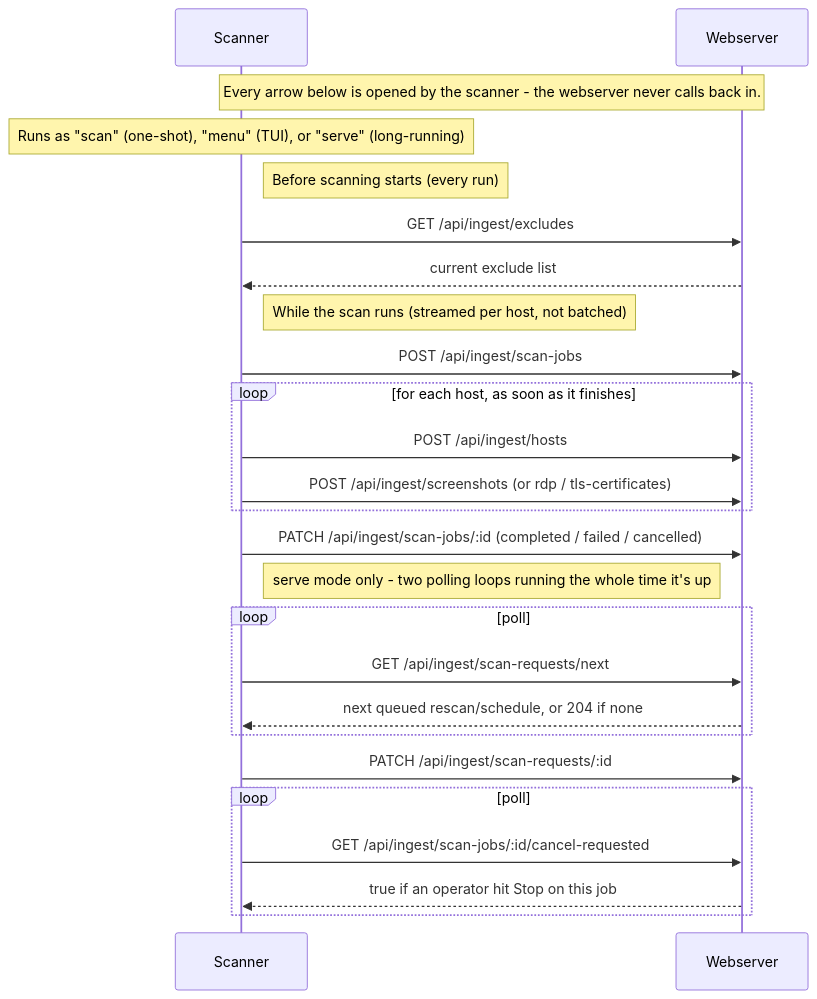
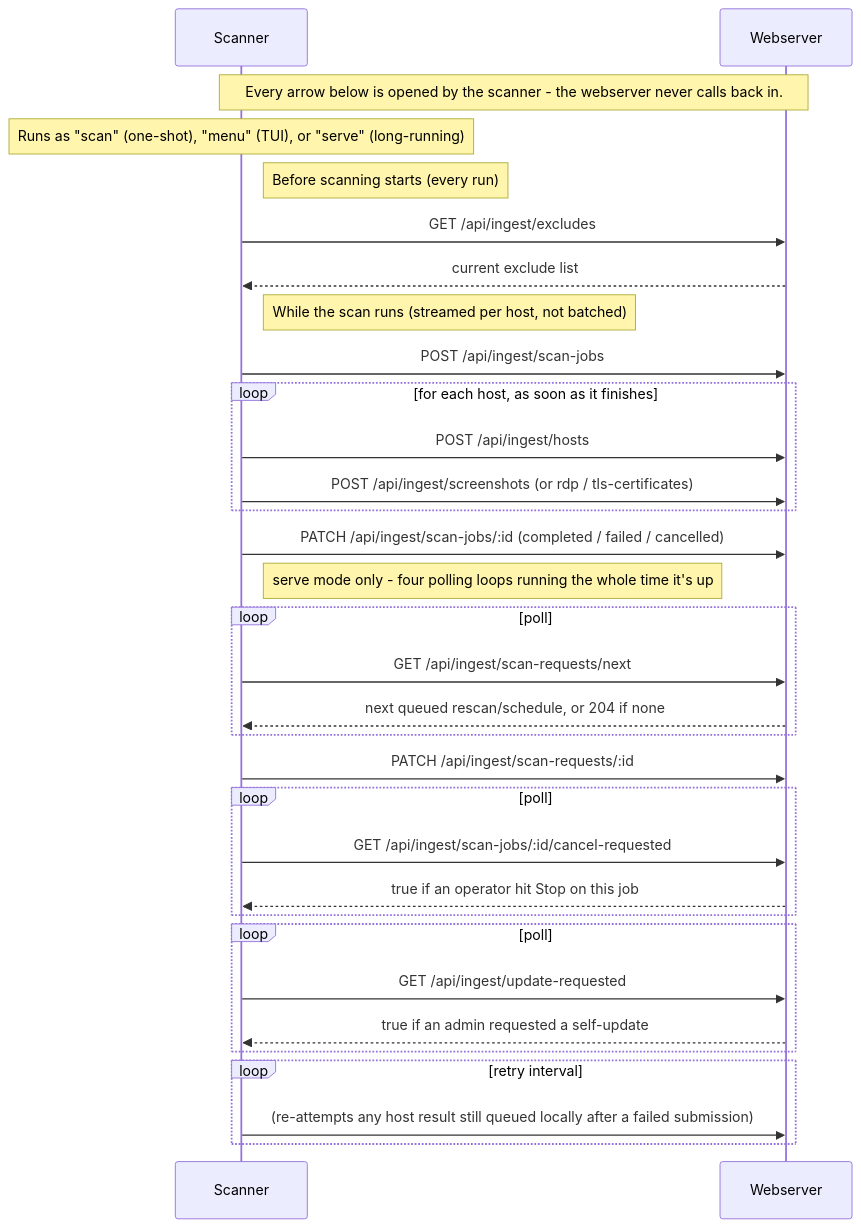
Before and after one commit to BeNeDeLuX/PortTorch: the diagram in README.md, drawn with Mermaid. The commit also changed other lines of this file and 1 other file, not shown here.

````diff
--- a/README.md
+++ b/README.md
@@ -826,31 +925,38 @@
 ```mermaid
 sequenceDiagram
     participant S as Scanner
     participant W as Webserver
 
     Note over S,W: Every arrow below is opened by the scanner - the webserver never calls back in.
     Note over S: Runs as "scan" (one-shot), "menu" (TUI), or "serve" (long-running)
 
     Note right of S: Before scanning starts (every run)
     S->>W: GET /api/ingest/excludes
     W-->>S: current exclude list
 
     Note right of S: While the scan runs (streamed per host, not batched)
     S->>W: POST /api/ingest/scan-jobs
     loop for each host, as soon as it finishes
         S->>W: POST /api/ingest/hosts
         S->>W: POST /api/ingest/screenshots (or rdp / tls-certificates)
     end
     S->>W: PATCH /api/ingest/scan-jobs/:id (completed / failed / cancelled)
 
-    Note right of S: serve mode only - two polling loops running the whole time it's up
+    Note right of S: serve mode only - four polling loops running the whole time it's up
     loop poll
         S->>W: GET /api/ingest/scan-requests/next
         W-->>S: next queued rescan/schedule, or 204 if none
     end
     S->>W: PATCH /api/ingest/scan-requests/:id
     loop poll
         S->>W: GET /api/ingest/scan-jobs/:id/cancel-requested
         W-->>S: true if an operator hit Stop on this job
     end
+    loop poll
+        S->>W: GET /api/ingest/update-requested
+        W-->>S: true if an admin requested a self-update
+    end
+    loop retry interval
+        S->>W: (re-attempts any host result still queued locally after a failed submission)
+    end
 ```
````
